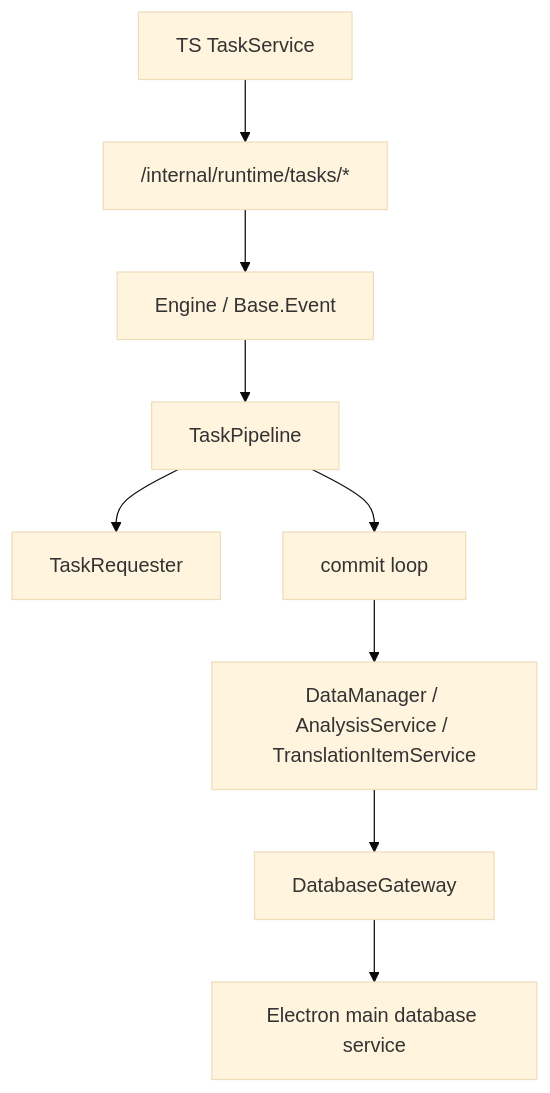
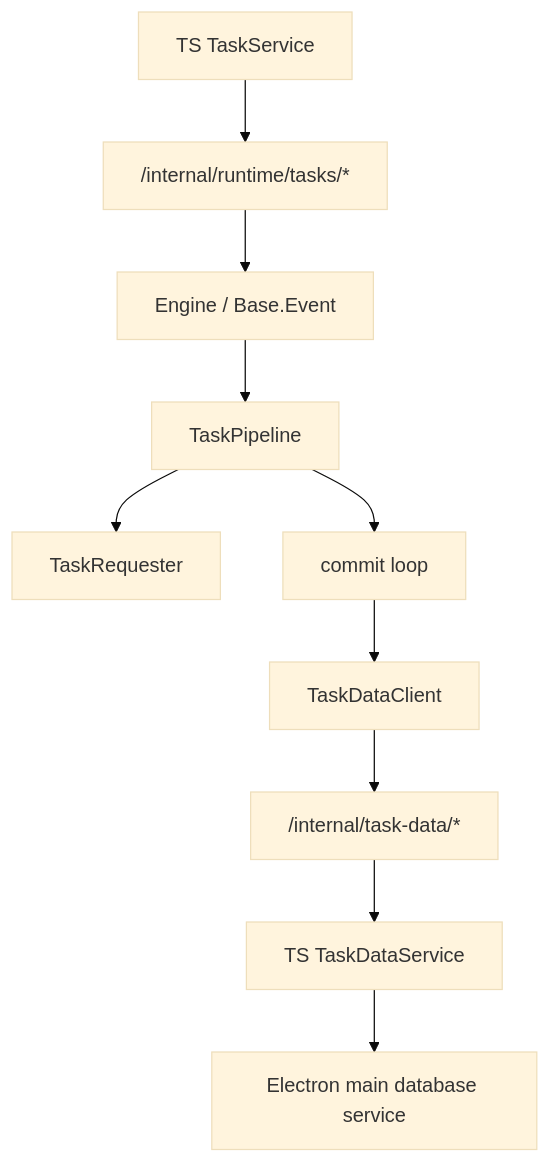
One commit to neavo/LinguaGacha changed the third of 4 diagrams in docs/DATA.md. Above: the diagram before and after it, drawn with Mermaid (base theme). The commit also changed other lines of this file and 53 other files, not shown here.

````diff
--- a/docs/DATA.md
+++ b/docs/DATA.md
@@ -95,11 +93,12 @@
 ```mermaid
 flowchart TD
-    A["TS TaskService"] --> I["/internal/runtime/tasks/*"]
-    I --> B["Engine / Base.Event"]
-    B --> C["TaskPipeline"]
-    C --> D["TaskRequester"]
-    C --> E["commit loop"]
-    E --> F["DataManager / AnalysisService / TranslationItemService"]
-    F --> G["DatabaseGateway"]
-    G --> H["Electron main database service"]
+    A["TS TaskService"] --> B["/internal/runtime/tasks/*"]
+    B --> C["Engine / Base.Event"]
+    C --> D["TaskPipeline"]
+    D --> E["TaskRequester"]
+    D --> F["commit loop"]
+    F --> G["TaskDataClient"]
+    G --> H["/internal/task-data/*"]
+    H --> I["TS TaskDataService"]
+    I --> J["Electron main database service"]
 ```
````
